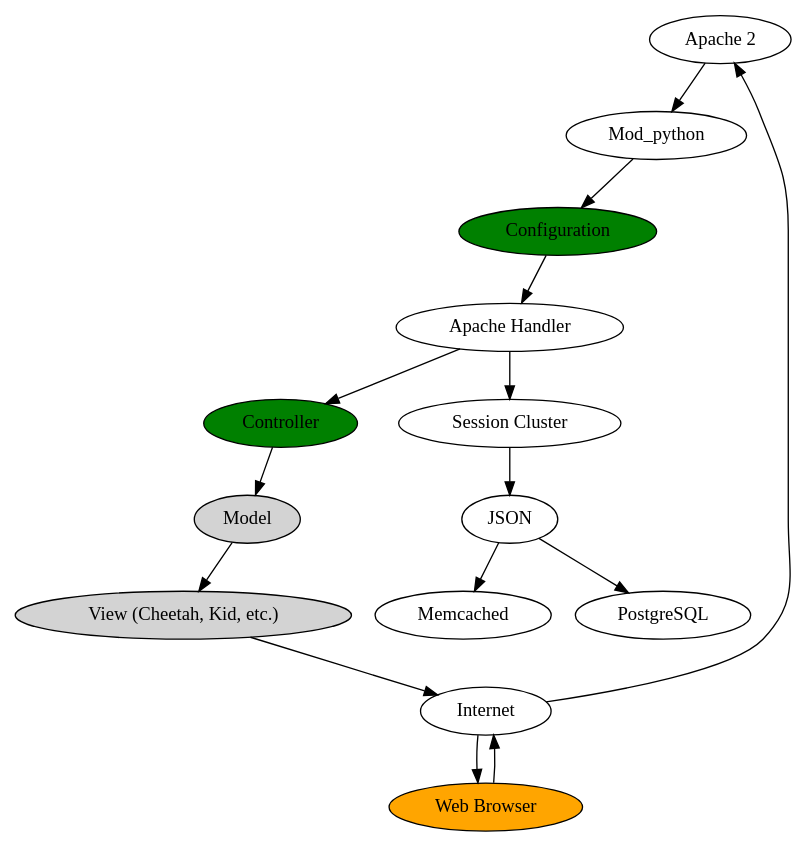
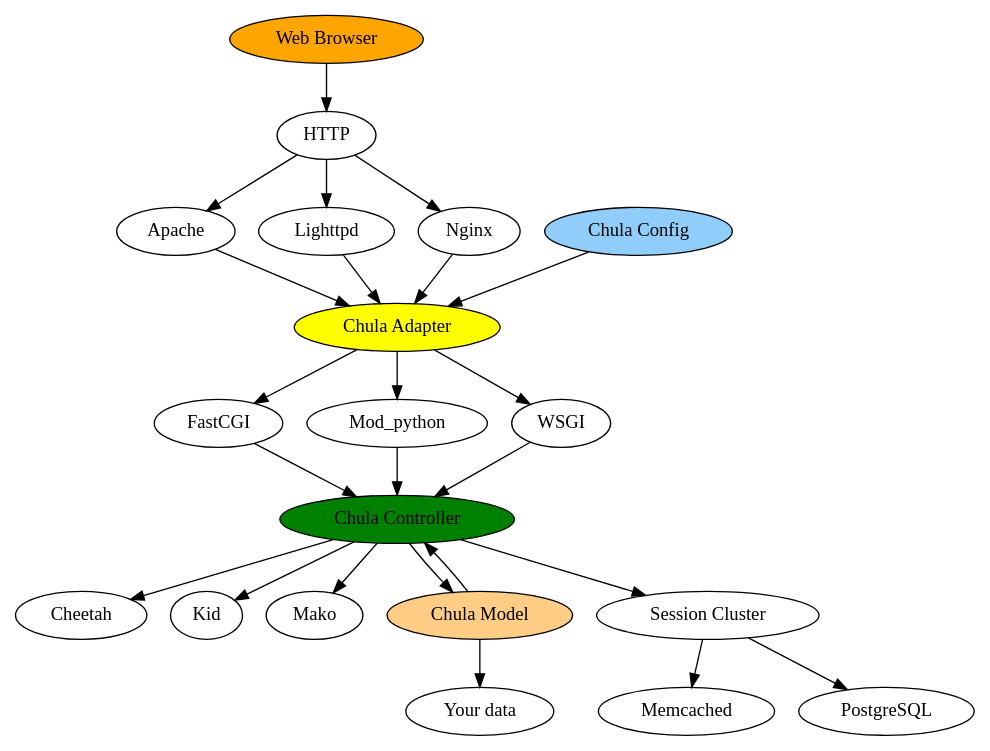
The diagram in docs/flow.dot (jmcfarlane/chula), drawn with Graphviz before and after one commit. The commit also changed 1 other file, not shown here.

Commit message:
Updated Chula docstring and flow diagram
Still trying to work out a decent description

```diff
--- a/docs/flow.dot
+++ b/docs/flow.dot
@@ -1,34 +1,48 @@
 digraph chula {
-    apache [label="Apache 2"]
-    browser [label="Web Browser" style=filled fillcolor=orange]
-    config [label="Configuration" style=filled fillcolor=green]
-    controller [label="Controller" style=filled fillcolor=green]
-    handler [label="Apache Handler"]
-    json [label="JSON"]
-    memcache [label="Memcached"]
-    mod_python [label="Mod_python"]
-    model [label="Model" style=filled]
-    postgres [label="PostgreSQL"]
-    session [label="Session Cluster"]
-    view [label="View (Cheetah, Kid, etc.)" style=filled]
-    web [label="Internet"]
+  ADAPTER [label="Chula Adapter" style="filled" fillcolor="yellow"]
+  apache [label="Apache"]
+  browser [label="Web Browser" style=filled fillcolor=orange]
+  cheetah [label="Cheetah"]
+  config [label="Chula Config" style=filled fillcolor="#91cdfb"]
+  controller [label="Chula Controller" style=filled fillcolor=green]
+  data [label="Your data"]
+  fastcgi [label="FastCGI"]
+  kid [label="Kid"]
+  lighttpd [label="Lighttpd"]
+  mako [label="Mako"]
+  memcache [label="Memcached"]
+  model [label="Chula Model" style="filled" fillcolor="#ffcd85"]
+  mod_python [label="Mod_python"]
+  nginx [label="Nginx"]
+  postgres [label="PostgreSQL"]
+  session [label="Session Cluster"]
+  wsgi [label="WSGI"]
 
-    /* Main stack */
-    browser
-    ->web
-    ->apache
-    ->mod_python
-    ->config
-    ->handler
-    ->controller
-    ->model
-    ->view
-    ->web
-    ->browser
+  /* Controller */
+  controller->model
+  controller->session
+  controller->cheetah
+  controller->mako
+  controller->kid
 
-    /* Session stack */
-    handler->session
-    session->json
-    json->postgres
-    json->memcache
+  /* Web Servers */
+  HTTP->apache->ADAPTER
+  HTTP->lighttpd->ADAPTER
+  HTTP->nginx->ADAPTER
+
+  /* Adapter */
+  ADAPTER->mod_python->controller
+  ADAPTER->wsgi->controller
+  ADAPTER->fastcgi->controller
+
+  /* Session */
+  session->postgres
+  session->memcache
+
+  /* Glue */
+  model->data
+  browser->HTTP
+  model->controller
+  config->ADAPTER
+  
 }
```
